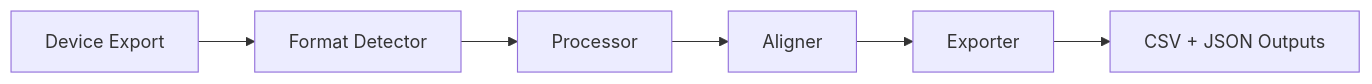
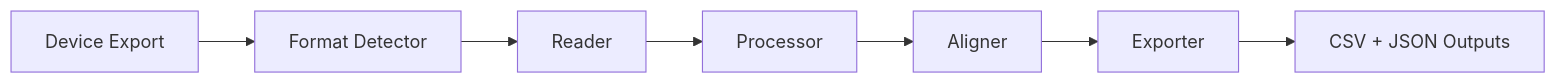
Before and after one commit to Warren8824/cgm-data-processor: the diagram in README.md, drawn with Mermaid.

````diff
--- a/README.md
+++ b/README.md
@@ -158,8 +158,10 @@
 ```mermaid
+
 flowchart LR
     A[Device Export] --> B[Format Detector]
-    B --> C[Processor]
-    C --> D[Aligner]
-    D --> E[Exporter]
-    E --> F[CSV + JSON Outputs]
+    B --> C[Reader]
+    C --> D[Processor]
+    D --> E[Aligner]
+    E --> F[Exporter]
+    F --> G[CSV + JSON Outputs]
 ```
````
